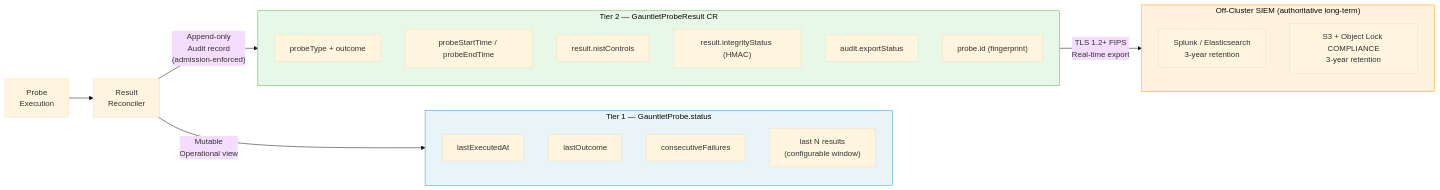
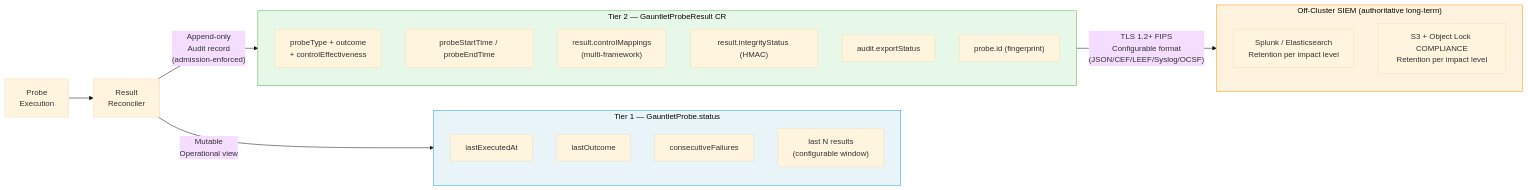
The third of 3 diagrams in compliance/diagrams/system-architecture.md (primaris-tech/sidereal), drawn with Mermaid (base theme) before and after one commit. The commit also changed other lines of this file and 24 other files, not shown here.

````diff
--- a/compliance/diagrams/system-architecture.md
+++ b/compliance/diagrams/system-architecture.md
@@ -137,35 +146,35 @@
 ```mermaid
 flowchart LR
     PROBE["Probe\nExecution"] --> RECONCILE["Result\nReconciler"]
 
     RECONCILE -->|"Mutable\nOperational view"| TIER1
 
     subgraph TIER1 ["Tier 1 — GauntletProbe.status"]
         OP1["lastExecutedAt"]
         OP2["lastOutcome"]
         OP3["consecutiveFailures"]
         OP4["last N results\n(configurable window)"]
     end
 
     RECONCILE -->|"Append-only\nAudit record\n(admission-enforced)"| TIER2
 
     subgraph TIER2 ["Tier 2 — GauntletProbeResult CR"]
-        AU1["probeType + outcome"]
+        AU1["probeType + outcome\n+ controlEffectiveness"]
         AU2["probeStartTime / probeEndTime"]
-        AU3["result.nistControls"]
+        AU3["result.controlMappings\n(multi-framework)"]
         AU4["result.integrityStatus (HMAC)"]
         AU5["audit.exportStatus"]
         AU6["probe.id (fingerprint)"]
     end
 
-    TIER2 -->|"TLS 1.2+ FIPS\nReal-time export"| SIEM
+    TIER2 -->|"TLS 1.2+ FIPS\nConfigurable format\n(JSON/CEF/LEEF/Syslog/OCSF)"| SIEM
 
     subgraph SIEM ["Off-Cluster SIEM (authoritative long-term)"]
-        S1["Splunk / Elasticsearch\n3-year retention"]
-        S2["S3 + Object Lock COMPLIANCE\n3-year retention"]
+        S1["Splunk / Elasticsearch\nRetention per impact level"]
+        S2["S3 + Object Lock COMPLIANCE\nRetention per impact level"]
     end
 
     style TIER1 fill:#e8f4f8,stroke:#2196F3
     style TIER2 fill:#e8f8e8,stroke:#4CAF50
     style SIEM fill:#fff3e0,stroke:#FF9800
 ```
````
